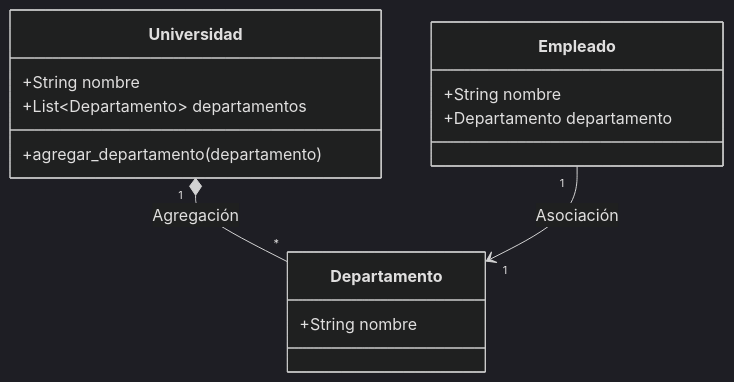
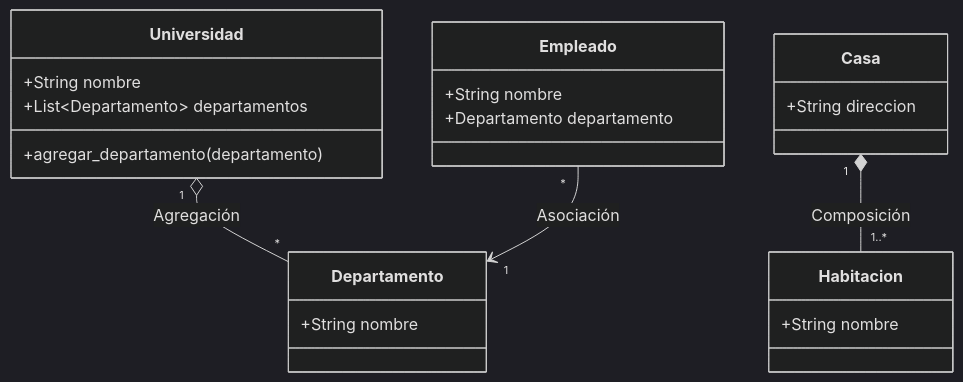
One commit to djaimej/computer-science-template changed the third of 3 diagrams in public/documents/semester-3/3/3314.md. Above: the diagram before and after it, drawn with Mermaid (dark theme). The commit also changed other lines of this file and 33 other files, not shown here.

````diff
--- a/public/documents/semester-3/3/3314.md
+++ b/public/documents/semester-3/3/3314.md
@@ -273,20 +287,29 @@
 ```mermaid
 classDiagram
     class Universidad {
         +String nombre
         +List~Departamento~ departamentos
         +agregar_departamento(departamento)
     }
 
     class Departamento {
         +String nombre
     }
 
     class Empleado {
         +String nombre
         +Departamento departamento
     }
 
-    Universidad "1" *-- "*" Departamento : Agregación
-    Empleado "1" --> "1" Departamento : Asociación
+    class Casa {
+        +String direccion
+    }
+
+    class Habitacion {
+        +String nombre
+    }
+
+    Universidad "1" o-- "*" Departamento : Agregación
+    Casa "1" *-- "1..*" Habitacion : Composición
+    Empleado "*" --> "1" Departamento : Asociación
 ```
````
